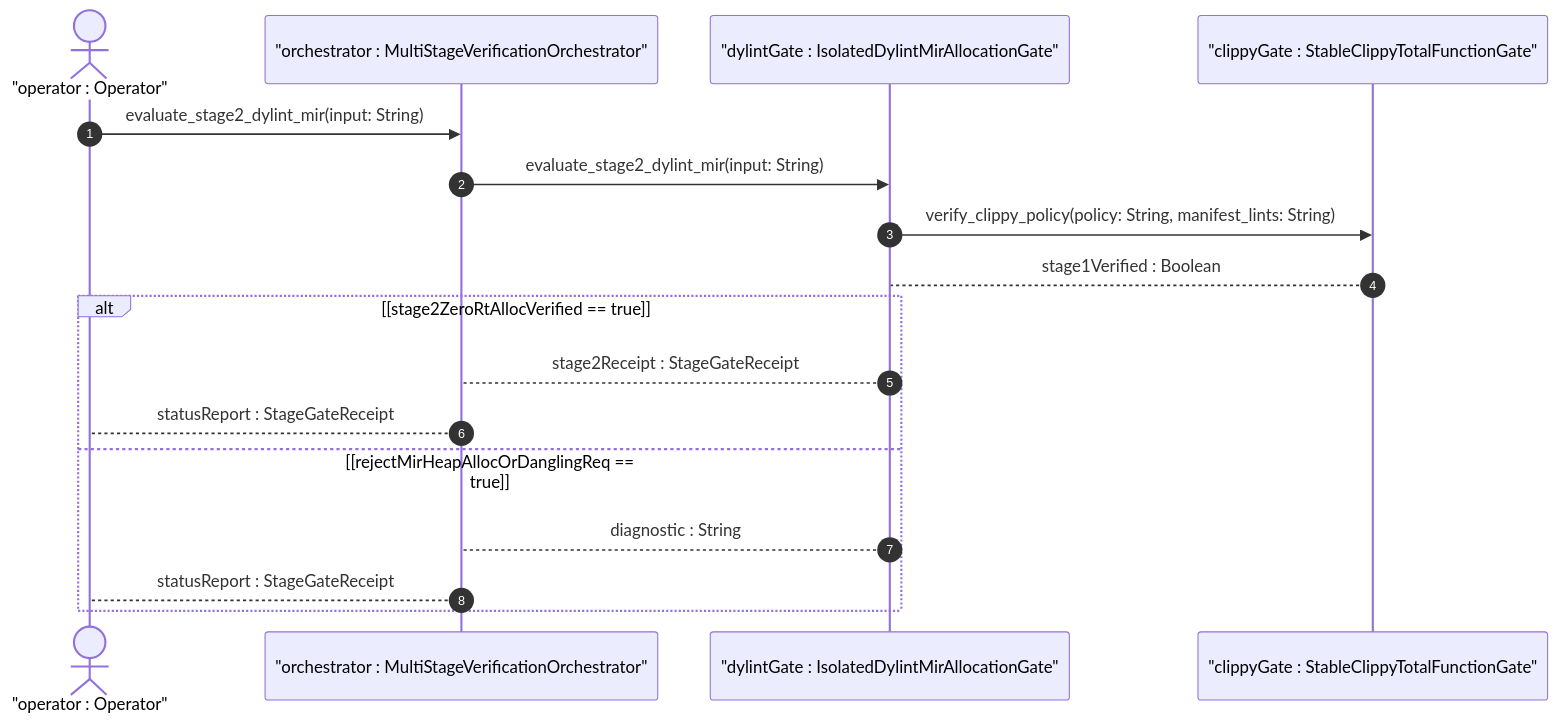
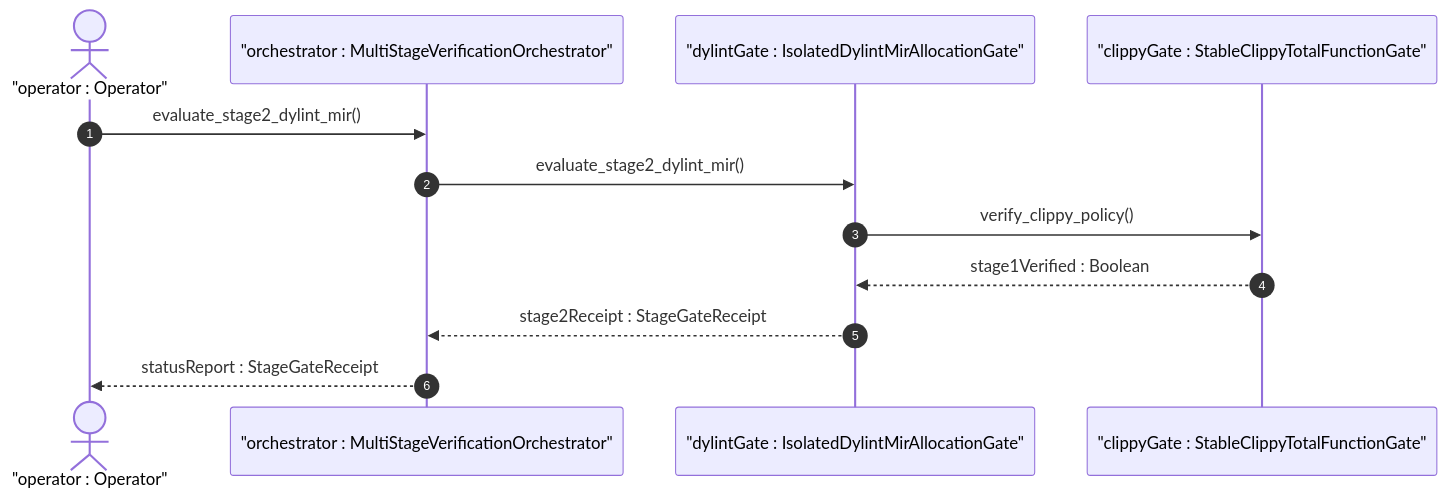
The first of 2 diagrams in .pipeline/upstream/docs/user-stories/US-61-evaluate_stage2_dylint_mir.md (gintatkinson/DEAP01-spec-core), drawn with Mermaid before and after one commit. The commit also changed other lines of this file and 88 other files, not shown here.

````diff
--- a/.pipeline/upstream/docs/user-stories/US-61-evaluate_stage2_dylint_mir.md
+++ b/.pipeline/upstream/docs/user-stories/US-61-evaluate_stage2_dylint_mir.md
@@ -38,19 +38,14 @@
 ```mermaid
 sequenceDiagram
     autonumber
     actor Operator as "operator : Operator"
     participant MultiStageVerificationOrchestrator as "orchestrator : MultiStageVerificationOrchestrator"
     participant IsolatedDylintMirAllocationGate as "dylintGate : IsolatedDylintMirAllocationGate"
     participant StableClippyTotalFunctionGate as "clippyGate : StableClippyTotalFunctionGate"
-    Operator->>MultiStageVerificationOrchestrator: evaluate_stage2_dylint_mir(input: String)
-    MultiStageVerificationOrchestrator->>IsolatedDylintMirAllocationGate: evaluate_stage2_dylint_mir(input: String)
-    IsolatedDylintMirAllocationGate->>StableClippyTotalFunctionGate: verify_clippy_policy(policy: String, manifest_lints: String)
-    StableClippyTotalFunctionGate-->IsolatedDylintMirAllocationGate: stage1Verified : Boolean
-    alt [stage2ZeroRtAllocVerified == true]
-        IsolatedDylintMirAllocationGate-->MultiStageVerificationOrchestrator: stage2Receipt : StageGateReceipt
-        MultiStageVerificationOrchestrator-->Operator: statusReport : StageGateReceipt
-    else [rejectMirHeapAllocOrDanglingReq == true]
-        IsolatedDylintMirAllocationGate-->MultiStageVerificationOrchestrator: diagnostic : String
-        MultiStageVerificationOrchestrator-->Operator: statusReport : StageGateReceipt
-    end
+    Operator->>MultiStageVerificationOrchestrator: evaluate_stage2_dylint_mir()
+    MultiStageVerificationOrchestrator->>IsolatedDylintMirAllocationGate: evaluate_stage2_dylint_mir()
+    IsolatedDylintMirAllocationGate->>StableClippyTotalFunctionGate: verify_clippy_policy()
+    StableClippyTotalFunctionGate-->>IsolatedDylintMirAllocationGate: stage1Verified : Boolean
+    IsolatedDylintMirAllocationGate-->>MultiStageVerificationOrchestrator: stage2Receipt : StageGateReceipt
+    MultiStageVerificationOrchestrator-->>Operator: statusReport : StageGateReceipt
 ```
````
